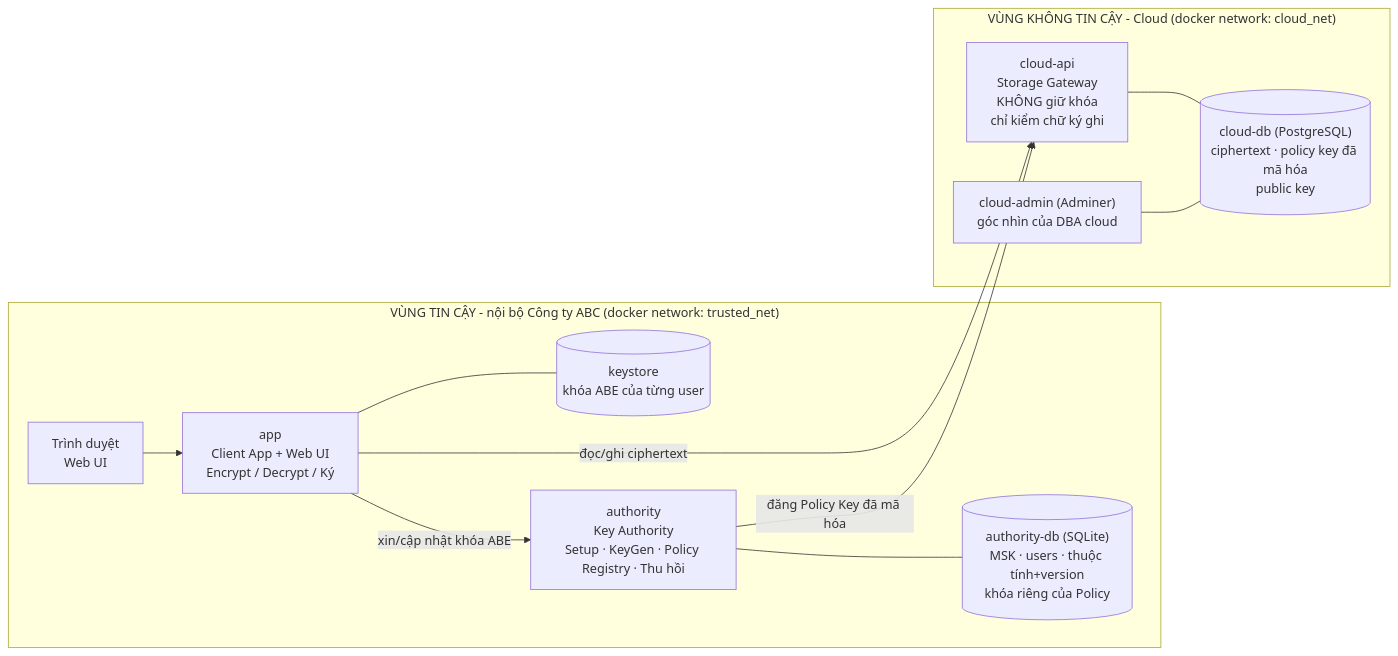
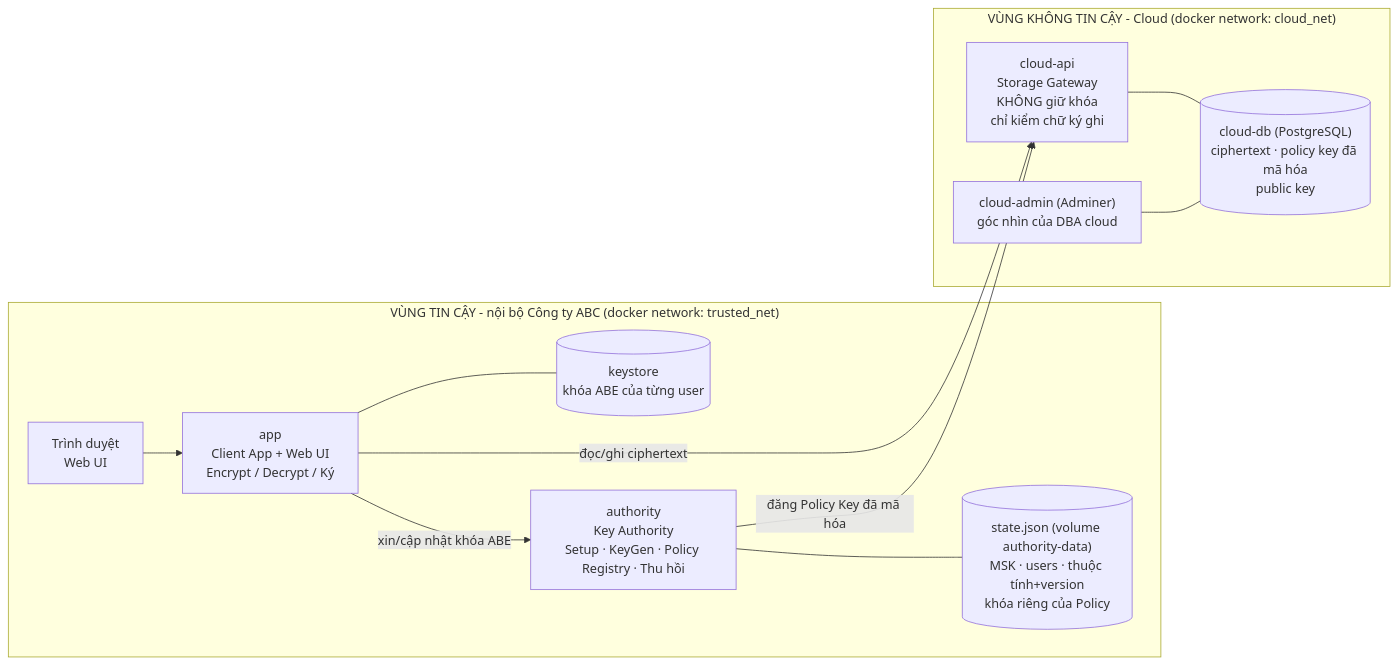
The first of 4 diagrams in docs/01-de-xuat-cai-tien.md (nhatruong1009/CP-ABE), drawn with Mermaid before and after one commit. The commit also changed other lines of this file and 26 other files, not shown here.

````diff
--- a/docs/01-de-xuat-cai-tien.md
+++ b/docs/01-de-xuat-cai-tien.md
@@ -91,23 +91,23 @@
 ```mermaid
 flowchart LR
   subgraph TRUSTED["VÙNG TIN CẬY - nội bộ Công ty ABC (docker network: trusted_net)"]
     UI["Trình duyệt<br/>Web UI"]
     APP["app<br/>Client App + Web UI<br/>Encrypt / Decrypt / Ký"]
     KS[("keystore<br/>khóa ABE của từng user")]
     KA["authority<br/>Key Authority<br/>Setup · KeyGen · Policy Registry · Thu hồi"]
-    KADB[("authority-db (SQLite)<br/>MSK · users · thuộc tính+version<br/>khóa riêng của Policy")]
+    KADB[("state.json (volume authority-data)<br/>MSK · users · thuộc tính+version<br/>khóa riêng của Policy")]
   end
   subgraph UNTRUSTED["VÙNG KHÔNG TIN CẬY - Cloud (docker network: cloud_net)"]
     API["cloud-api<br/>Storage Gateway<br/>KHÔNG giữ khóa<br/>chỉ kiểm chữ ký ghi"]
     DB[("cloud-db (PostgreSQL)<br/>ciphertext · policy key đã mã hóa<br/>public key")]
     ADM["cloud-admin (Adminer)<br/>góc nhìn của DBA cloud"]
   end
   UI --> APP
   APP --- KS
   APP -- "xin/cập nhật khóa ABE" --> KA
   KA --- KADB
   APP -- "đọc/ghi ciphertext" --> API
   KA -- "đăng Policy Key đã mã hóa" --> API
   API --- DB
   ADM --- DB
 ```
````
